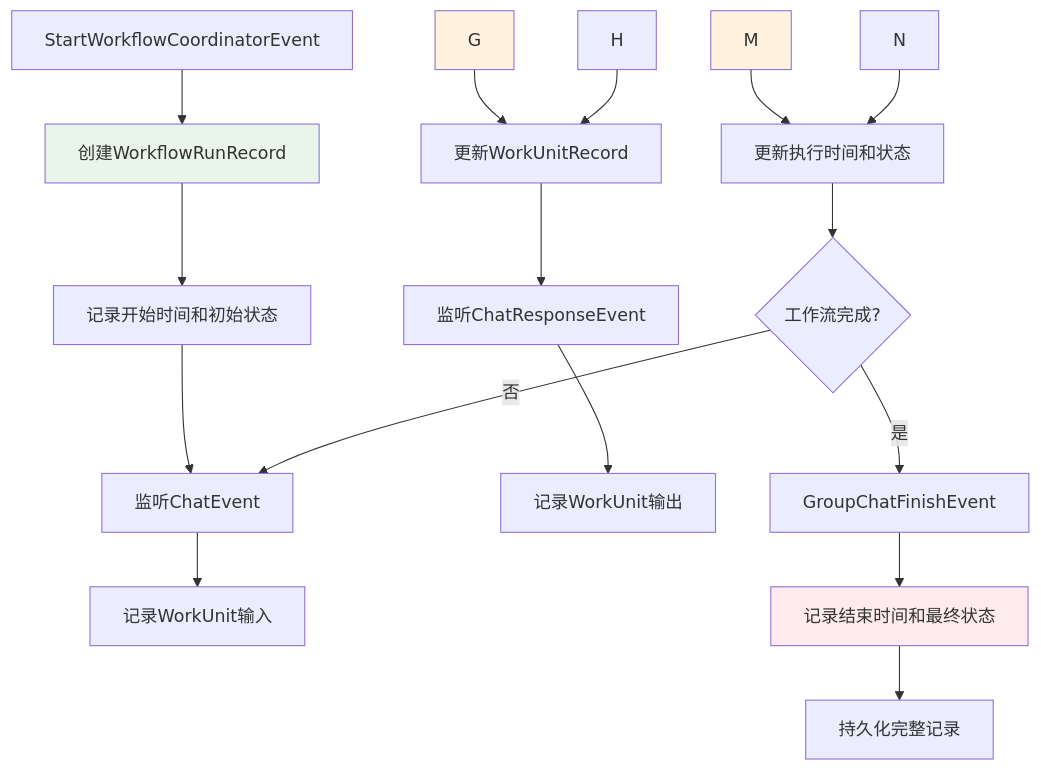
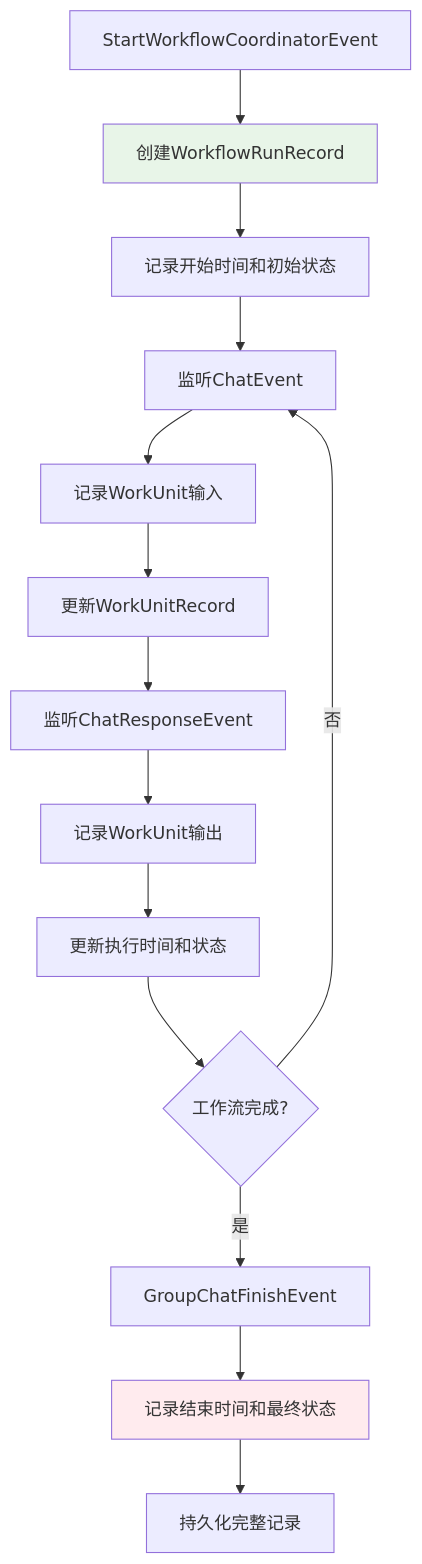
One commit to aevatarAI/aevatar-gagents changed the third of 5 diagrams in WorkflowRunRecordGAgent_TechnicalDesign.md. Above: the diagram before and after it, drawn with Mermaid.

Commit message:
feat: improve doc

````diff
--- a/WorkflowRunRecordGAgent_TechnicalDesign.md
+++ b/WorkflowRunRecordGAgent_TechnicalDesign.md
@@ -82,26 +82,22 @@
 ```mermaid
 flowchart TD
     A["StartWorkflowCoordinatorEvent"] --> B["创建WorkflowRunRecord"]
     B --> C["记录开始时间和初始状态"]
     
     C --> D["监听ChatEvent"]
     D --> E["记录WorkUnit输入"]
-    G --> I["更新WorkUnitRecord"]
-    H --> I
+    E --> I["更新WorkUnitRecord"]
     
     I --> J["监听ChatResponseEvent"]
     J --> K["记录WorkUnit输出"]
-    M --> O["更新执行时间和状态"]
-    N --> O
+    K --> O["更新执行时间和状态"]
     
     O --> P{"工作流完成?"}
     P -->|"否"| D
     P -->|"是"| Q["GroupChatFinishEvent"]
     Q --> R["记录结束时间和最终状态"]
     R --> S["持久化完整记录"]
     
     style B fill:#e8f5e8
-    style G fill:#fff3e0
-    style M fill:#fff3e0
     style R fill:#ffebee
 ```
````
